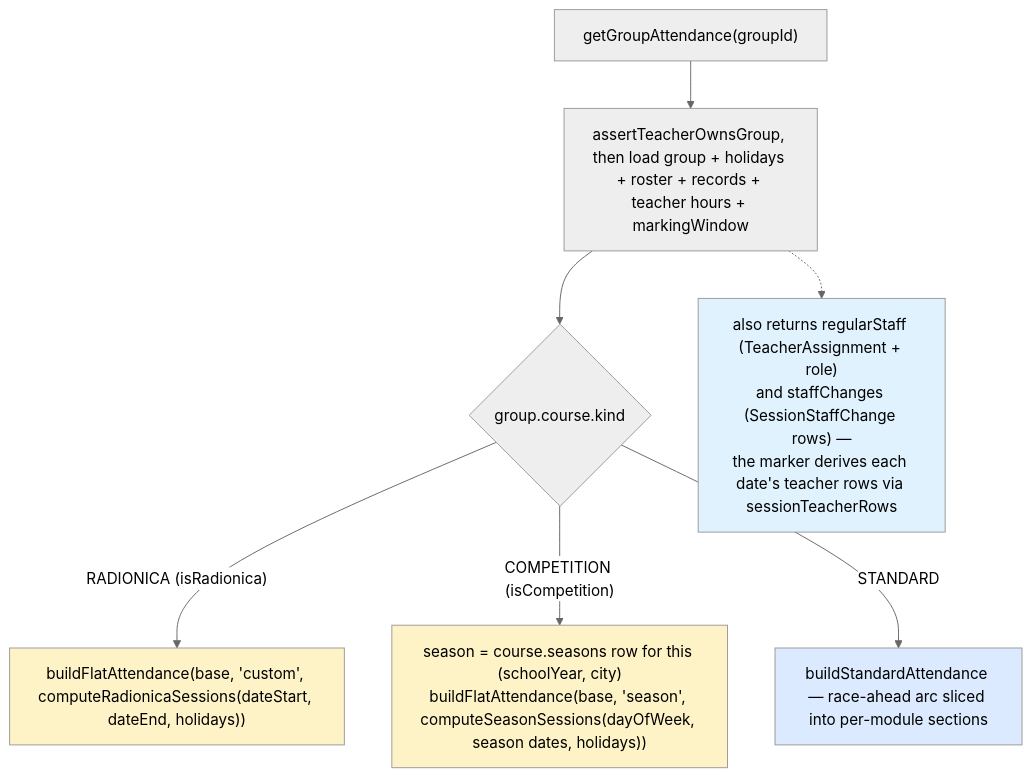
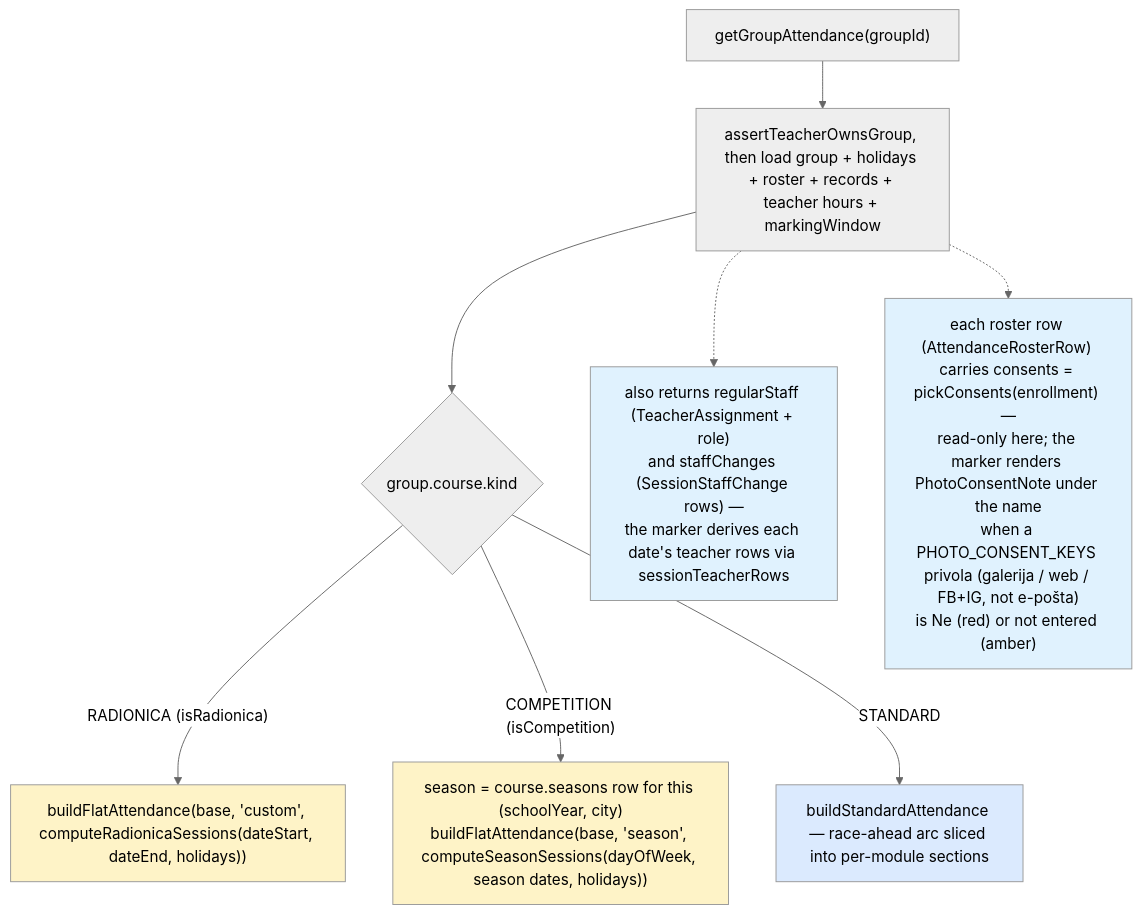
The fifth of 11 diagrams in docs/diagrams/attendance-flow.md (jpucic00/inovatic), drawn with Mermaid (neutral theme) before and after one commit. The commit also changed other lines of this file and 4 other files, not shown here.

````diff
--- a/docs/diagrams/attendance-flow.md
+++ b/docs/diagrams/attendance-flow.md
@@ -115,14 +115,16 @@
 ```mermaid
 flowchart TD
     A["getGroupAttendance(groupId)"] --> B["assertTeacherOwnsGroup, then load group + holidays + roster + records + teacher hours + markingWindow"]
     B --> C{group.course.kind}
     B -.-> STF["also returns regularStaff (TeacherAssignment + role)<br/>and staffChanges (SessionStaffChange rows) —<br/>the marker derives each date's teacher rows via sessionTeacherRows"]
+    B -.-> CNS["each roster row (AttendanceRosterRow) carries consents = pickConsents(enrollment) —<br/>read-only here; the marker renders PhotoConsentNote under the name<br/>when a PHOTO_CONSENT_KEYS privola (galerija / web / FB+IG, not e-pošta)<br/>is Ne (red) or not entered (amber)"]
     C -->|"RADIONICA (isRadionica)"| R["buildFlatAttendance(base, 'custom', computeRadionicaSessions(dateStart, dateEnd, holidays))"]
     C -->|"COMPETITION (isCompetition)"| S["season = course.seasons row for this (schoolYear, city)<br/>buildFlatAttendance(base, 'season', computeSeasonSessions(dayOfWeek, season dates, holidays))"]
     C -->|STANDARD| ST["buildStandardAttendance — race-ahead arc sliced into per-module sections"]
 
     style R fill:#fef3c7
     style S fill:#fef3c7
     style ST fill:#dbeafe
     style STF fill:#e0f2fe
+    style CNS fill:#e0f2fe
 ```
````
